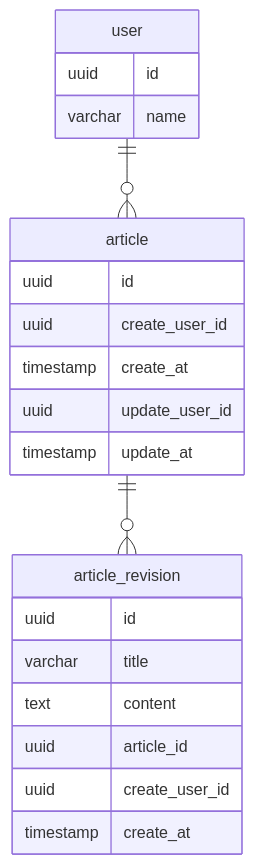
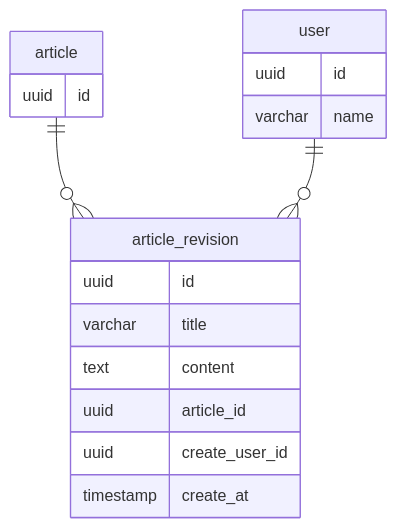
One commit to nyuusen/praha-challenge changed the first of 2 diagrams in db-modeling-5/README.md. Above: the diagram before and after it, drawn with Mermaid. The commit also changed other lines of this file, not shown here.

````diff
--- a/db-modeling-5/README.md
+++ b/db-modeling-5/README.md
@@ -5,28 +5,24 @@
 ```mermaid
 erDiagram
-user ||--o{ article: ""
 article ||--o{ article_revision: ""
+user ||--o{ article_revision: ""
 
 user {
   uuid id
   varchar name
 }
 
 article {
   uuid id
-  uuid create_user_id
-  timestamp create_at
-  uuid update_user_id
-  timestamp update_at
 }
 
 article_revision {
   uuid id
   varchar title
   text content
   uuid article_id
   uuid create_user_id
   timestamp create_at
 }
 
 ```
````
